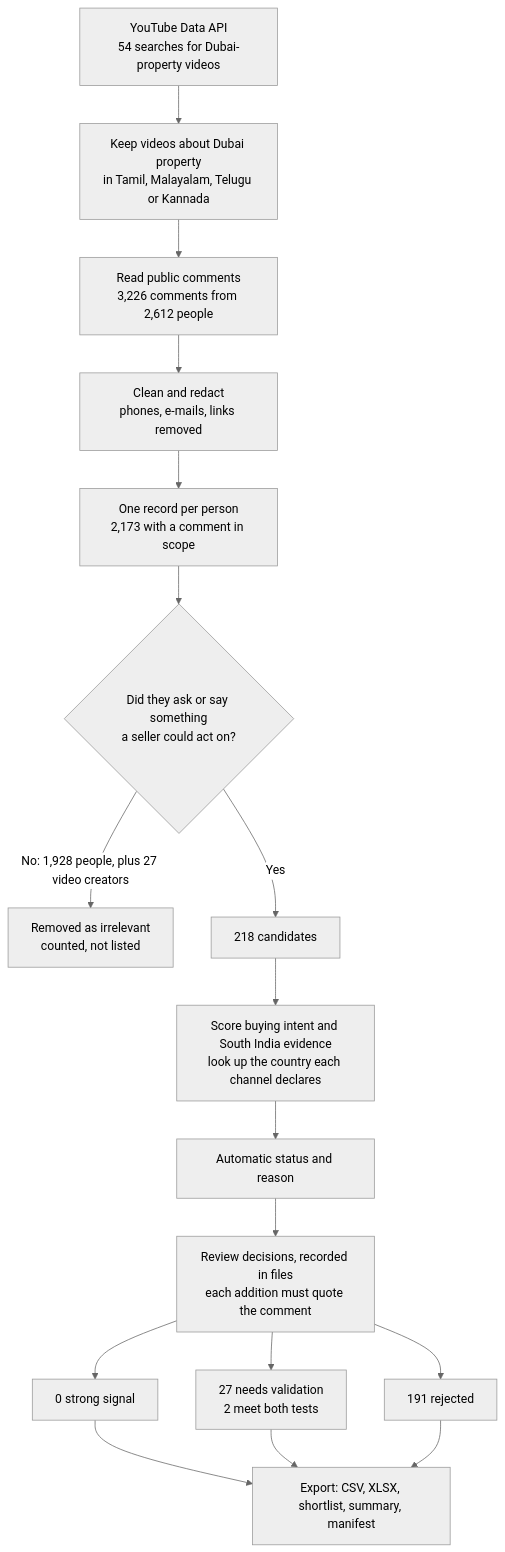
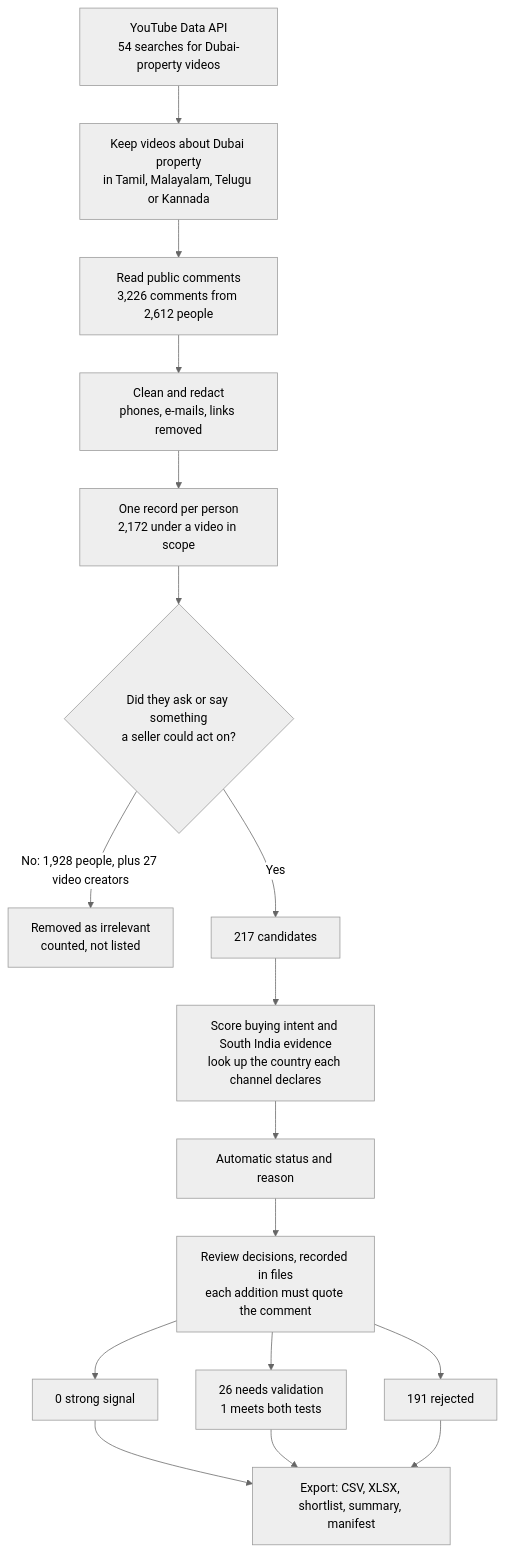
Before and after one commit to MINTU296/dubai-prospect-workflow: the diagram in README.md, drawn with Mermaid (neutral theme). The commit also changed other lines of this file and 9 other files, not shown here.

````diff
--- a/README.md
+++ b/README.md
@@ -75,19 +75,19 @@
 ```mermaid
 flowchart TD
     A["YouTube Data API<br/>54 searches for Dubai-property videos"] --> B["Keep videos about Dubai property<br/>in Tamil, Malayalam, Telugu or Kannada"]
     B --> C["Read public comments<br/>3,226 comments from 2,612 people"]
     C --> D["Clean and redact<br/>phones, e-mails, links removed"]
-    D --> E["One record per person<br/>2,173 with a comment in scope"]
+    D --> E["One record per person<br/>2,172 under a video in scope"]
     E --> F{"Did they ask or say something<br/>a seller could act on?"}
     F -->|"No: 1,928 people, plus 27 video creators"| X["Removed as irrelevant<br/>counted, not listed"]
-    F -->|Yes| G["218 candidates"]
+    F -->|Yes| G["217 candidates"]
     G --> H["Score buying intent and South India evidence<br/>look up the country each channel declares"]
     H --> I["Automatic status and reason"]
     I --> J["Review decisions, recorded in files<br/>each addition must quote the comment"]
     J --> K["0 strong signal"]
-    J --> L["27 needs validation<br/>2 meet both tests"]
+    J --> L["26 needs validation<br/>1 meets both tests"]
     J --> M["191 rejected"]
     K --> N["Export: CSV, XLSX, shortlist, summary, manifest"]
     L --> N
     M --> N
 ```
````
